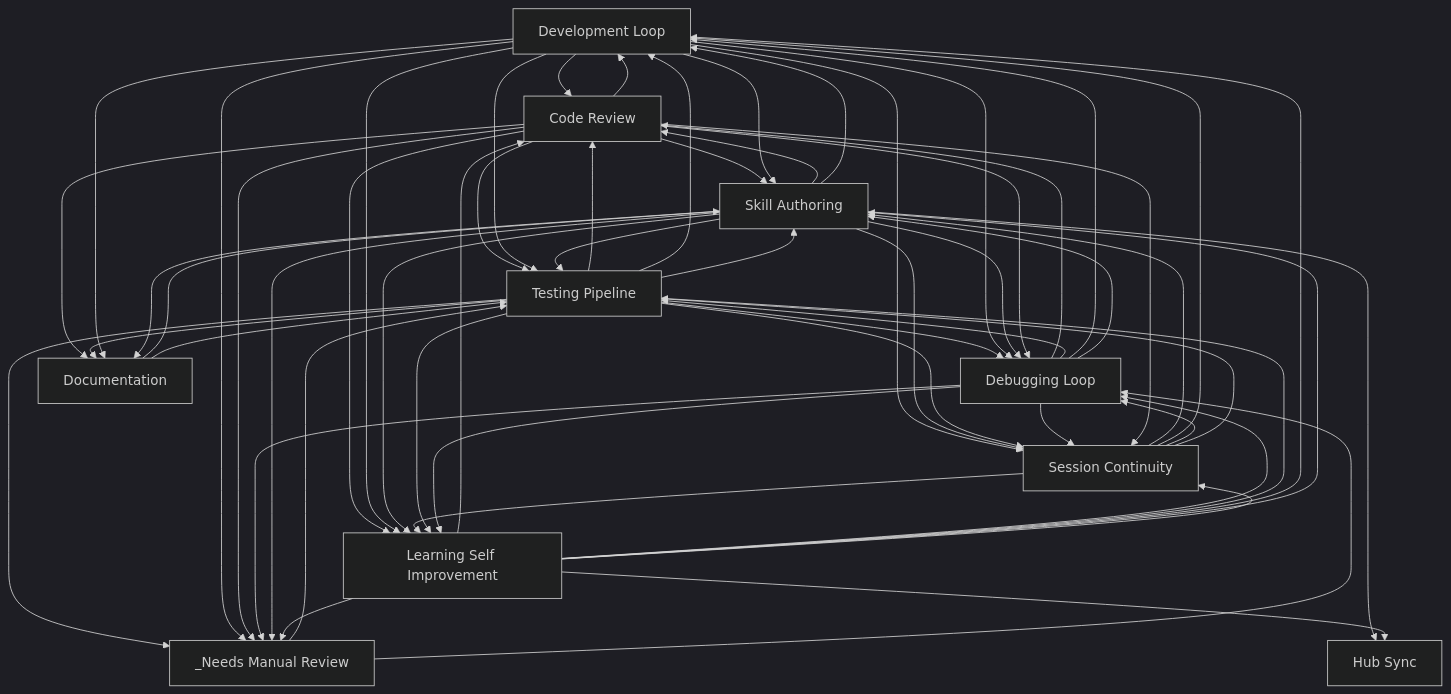
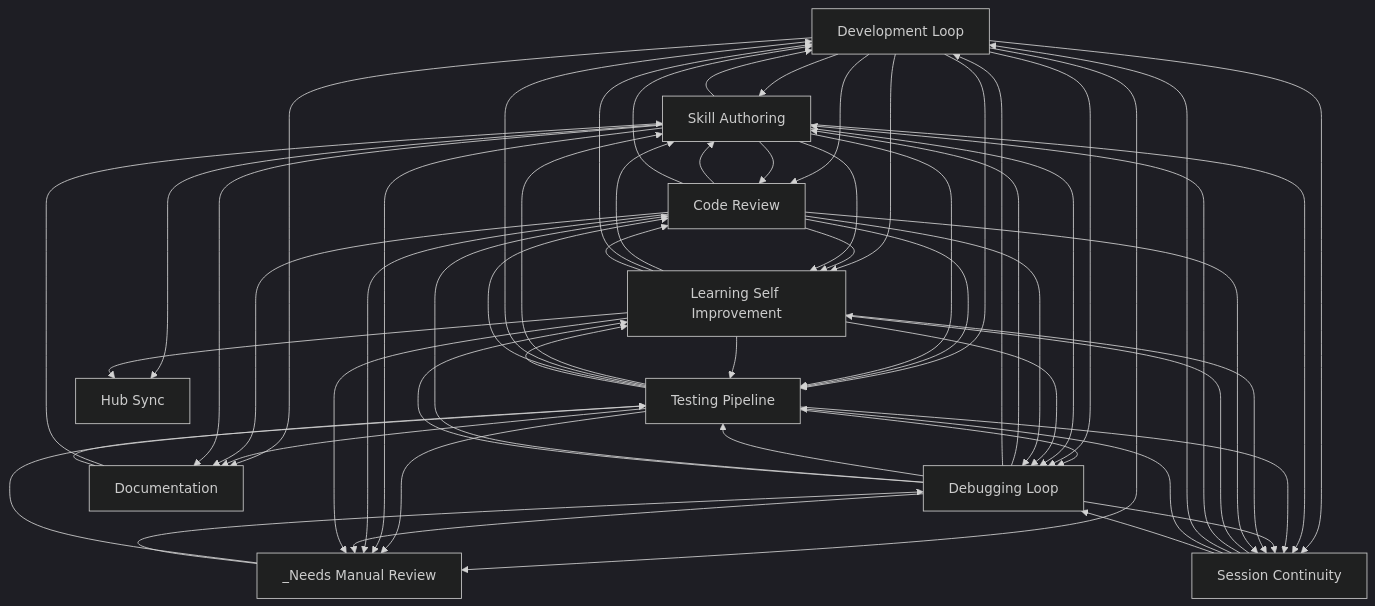
The diagram in docs/workflows/INDEX.md (abhayla/claude-best-practices), drawn with Mermaid (dark theme) before and after one commit. The commit also changed other lines of this file and 12 other files, not shown here.

````diff
--- a/docs/workflows/INDEX.md
+++ b/docs/workflows/INDEX.md
@@ -22,70 +22,70 @@
 ```mermaid
 graph TD
     development_loop[Development Loop]
     testing_pipeline[Testing Pipeline]
     debugging_loop[Debugging Loop]
     learning_self_improvement[Learning Self Improvement]
     session_continuity[Session Continuity]
     skill_authoring[Skill Authoring]
     code_review[Code Review]
     documentation[Documentation]
     hub_sync[Hub Sync]
     _needs_manual_review[_Needs Manual Review]
     documentation --> skill_authoring
     documentation --> testing_pipeline
+    development_loop --> skill_authoring
+    development_loop --> code_review
     code_review --> skill_authoring
     code_review --> development_loop
-    development_loop --> code_review
-    development_loop --> skill_authoring
+    development_loop --> learning_self_improvement
+    development_loop --> testing_pipeline
+    code_review --> learning_self_improvement
     code_review --> testing_pipeline
-    code_review --> learning_self_improvement
-    development_loop --> testing_pipeline
-    development_loop --> learning_self_improvement
+    testing_pipeline --> skill_authoring
+    testing_pipeline --> development_loop
     testing_pipeline --> code_review
     testing_pipeline --> debugging_loop
-    testing_pipeline --> development_loop
-    testing_pipeline --> skill_authoring
+    debugging_loop --> skill_authoring
+    debugging_loop --> development_loop
+    debugging_loop --> testing_pipeline
     debugging_loop --> code_review
-    debugging_loop --> testing_pipeline
-    debugging_loop --> development_loop
-    debugging_loop --> skill_authoring
     development_loop --> debugging_loop
+    skill_authoring --> development_loop
     skill_authoring --> code_review
-    skill_authoring --> development_loop
+    skill_authoring --> learning_self_improvement
     skill_authoring --> testing_pipeline
-    skill_authoring --> learning_self_improvement
+    development_loop --> _needs_manual_review
     testing_pipeline --> _needs_manual_review
-    development_loop --> _needs_manual_review
+    development_loop --> documentation
+    testing_pipeline --> documentation
     code_review --> documentation
-    testing_pipeline --> documentation
-    development_loop --> documentation
+    development_loop --> session_continuity
     session_continuity --> learning_self_improvement
-    development_loop --> session_continuity
     _needs_manual_review --> testing_pipeline
     skill_authoring --> session_continuity
     testing_pipeline --> session_continuity
     debugging_loop --> session_continuity
     skill_authoring --> debugging_loop
     _needs_manual_review --> debugging_loop
     testing_pipeline --> learning_self_improvement
     debugging_loop --> learning_self_improvement
+    learning_self_improvement --> skill_authoring
+    learning_self_improvement --> development_loop
+    learning_self_improvement --> testing_pipeline
     learning_self_improvement --> code_review
     learning_self_improvement --> debugging_loop
-    learning_self_improvement --> testing_pipeline
-    learning_self_improvement --> development_loop
-    learning_self_improvement --> skill_authoring
     code_review --> debugging_loop
+    skill_authoring --> _needs_manual_review
     code_review --> _needs_manual_review
     debugging_loop --> _needs_manual_review
-    skill_authoring --> _needs_manual_review
+    learning_self_improvement --> session_continuity
     code_review --> session_continuity
-    learning_self_improvement --> session_continuity
     session_continuity --> skill_authoring
     session_continuity --> development_loop
+    session_continuity --> testing_pipeline
     session_continuity --> debugging_loop
-    session_continuity --> testing_pipeline
     skill_authoring --> hub_sync
     learning_self_improvement --> hub_sync
     learning_self_improvement --> _needs_manual_review
     skill_authoring --> documentation
 ```
````
